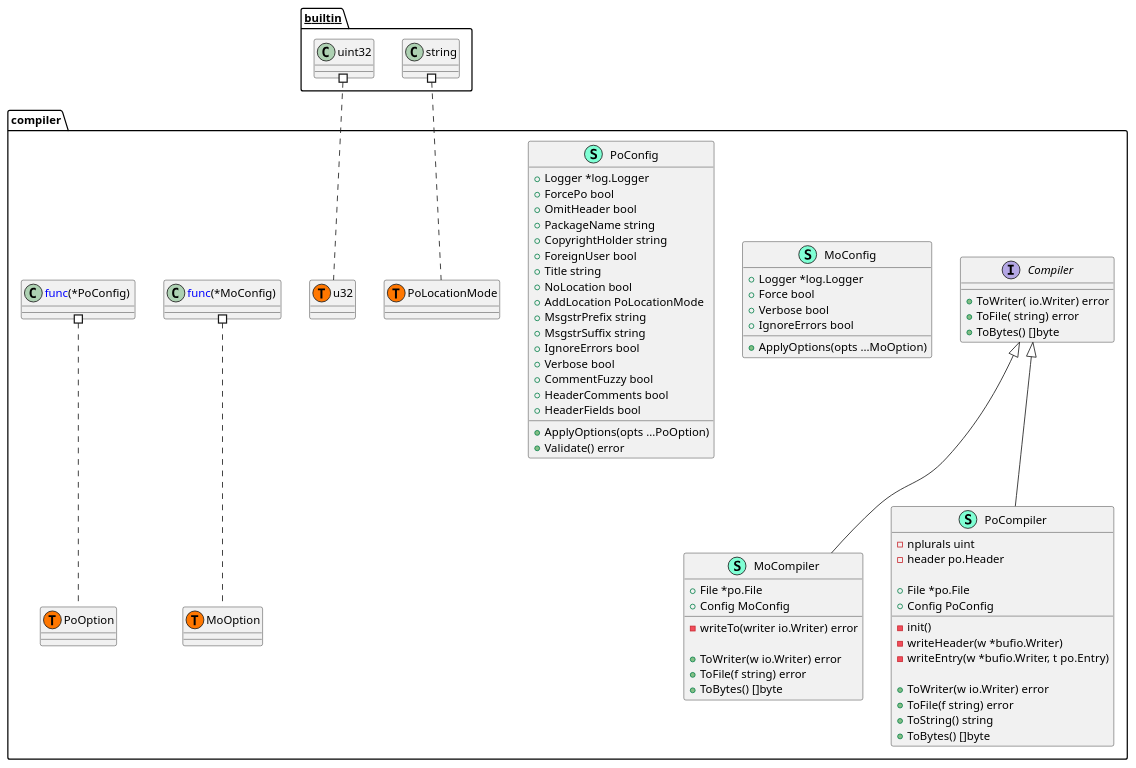
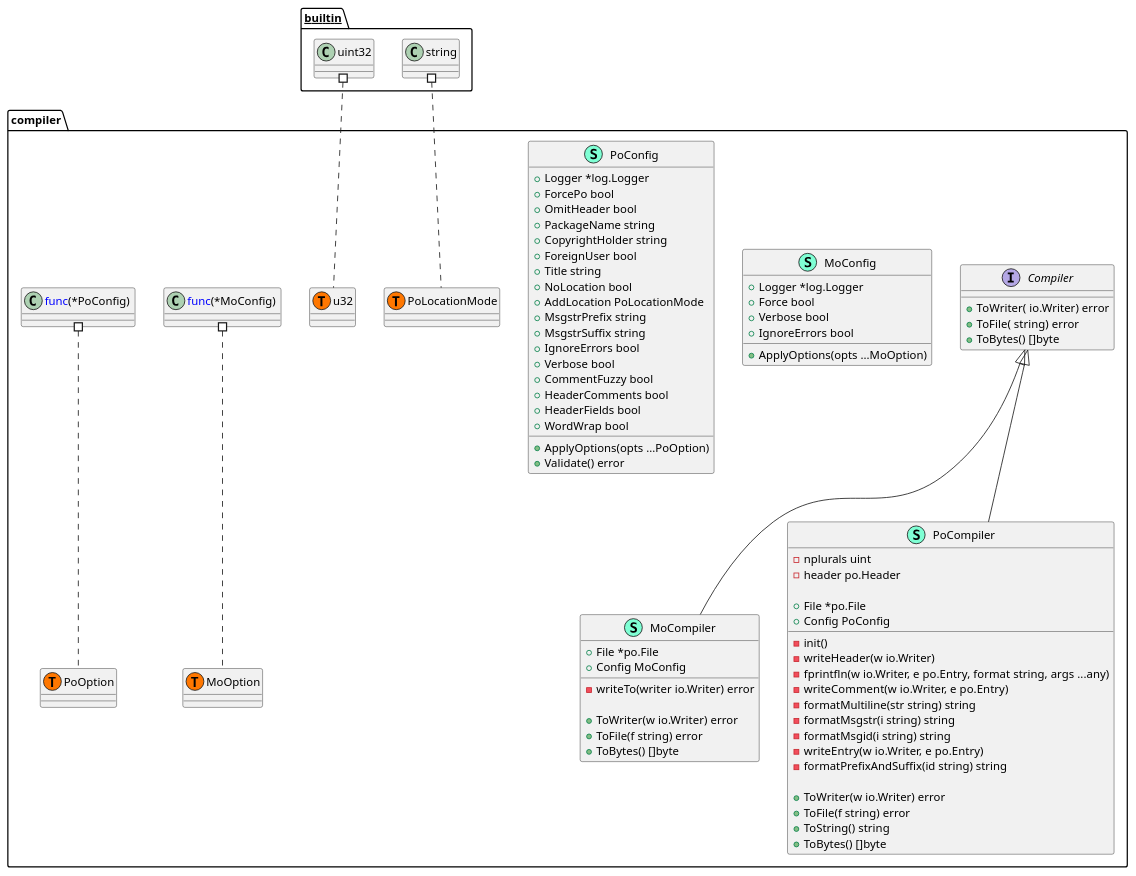
The diagram in pkg/po/compiler/structure.puml (Tom5521/gotext-tools), drawn with PlantUML before and after one commit. The commit also changed 9 other files, not shown here.

```diff
--- a/pkg/po/compiler/structure.puml
+++ b/pkg/po/compiler/structure.puml
@@ -1,85 +1,92 @@
 @startuml
 namespace compiler {
     interface Compiler  {
         + ToWriter( io.Writer) error
         + ToFile( string) error
         + ToBytes() []byte
 
     }
     class MoCompiler << (S,Aquamarine) >> {
         + File *po.File
         + Config MoConfig
 
         - writeTo(writer io.Writer) error
 
         + ToWriter(w io.Writer) error
         + ToFile(f string) error
         + ToBytes() []byte
 
     }
     class MoConfig << (S,Aquamarine) >> {
         + Logger *log.Logger
         + Force bool
         + Verbose bool
         + IgnoreErrors bool
 
         + ApplyOptions(opts ...MoOption) 
 
     }
     class PoCompiler << (S,Aquamarine) >> {
         - nplurals uint
         - header po.Header
 
         + File *po.File
         + Config PoConfig
 
         - init() 
-        - writeHeader(w *bufio.Writer) 
-        - writeEntry(w *bufio.Writer, t po.Entry) 
+        - writeHeader(w io.Writer) 
+        - fprintfln(w io.Writer, e po.Entry, format string, args ...any) 
+        - writeComment(w io.Writer, e po.Entry) 
+        - formatMultiline(str string) string
+        - formatMsgstr(i string) string
+        - formatMsgid(i string) string
+        - writeEntry(w io.Writer, e po.Entry) 
+        - formatPrefixAndSuffix(id string) string
 
         + ToWriter(w io.Writer) error
         + ToFile(f string) error
         + ToString() string
         + ToBytes() []byte
 
     }
     class PoConfig << (S,Aquamarine) >> {
         + Logger *log.Logger
         + ForcePo bool
         + OmitHeader bool
         + PackageName string
         + CopyrightHolder string
         + ForeignUser bool
         + Title string
         + NoLocation bool
         + AddLocation PoLocationMode
         + MsgstrPrefix string
         + MsgstrSuffix string
         + IgnoreErrors bool
         + Verbose bool
         + CommentFuzzy bool
         + HeaderComments bool
         + HeaderFields bool
+        + WordWrap bool
 
         + ApplyOptions(opts ...PoOption) 
         + Validate() error
 
     }
     class compiler.MoOption << (T, #FF7700) >>  {
     }
     class compiler.PoLocationMode << (T, #FF7700) >>  {
     }
     class compiler.PoOption << (T, #FF7700) >>  {
     }
     class compiler.u32 << (T, #FF7700) >>  {
     }
 }
 
 "compiler.Compiler" <|-- "compiler.MoCompiler"
 "compiler.Compiler" <|-- "compiler.PoCompiler"
 
 "__builtin__.string" #.. "compiler.PoLocationMode"
 "__builtin__.uint32" #.. "compiler.u32"
 "compiler.<font color=blue>func</font>(*MoConfig) " #.. "compiler.MoOption"
 "compiler.<font color=blue>func</font>(*PoConfig) " #.. "compiler.PoOption"
 @enduml
```
